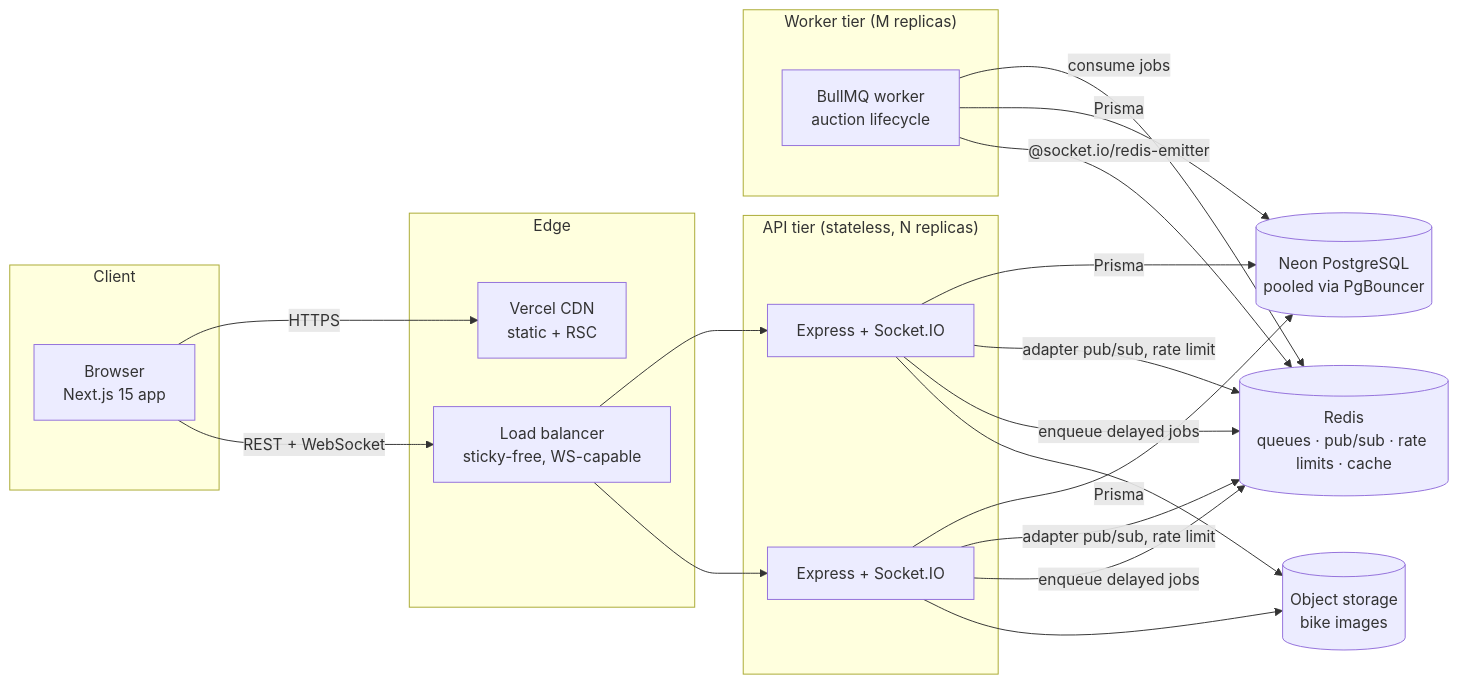
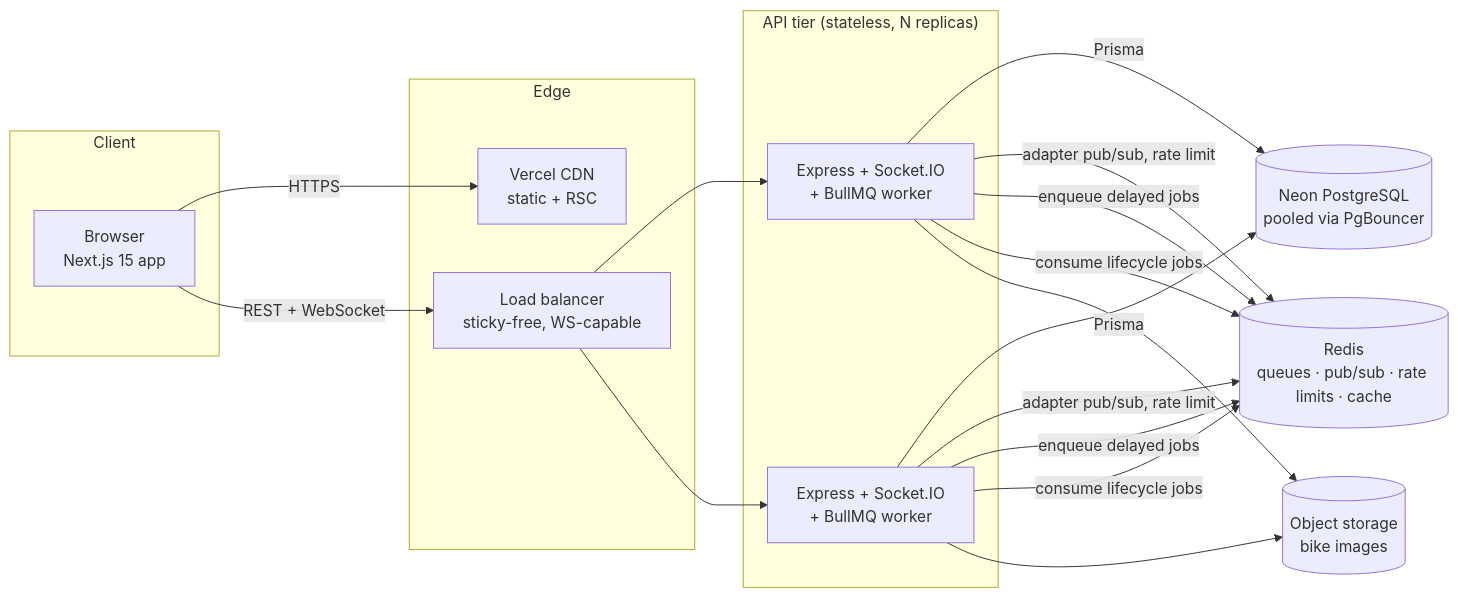
The first of 6 diagrams in docs/ARCHITECTURE.md (SamP231004/AuctionRide), drawn with Mermaid before and after one commit. The commit also changed other lines of this file and 10 other files, not shown here.

````diff
--- a/docs/ARCHITECTURE.md
+++ b/docs/ARCHITECTURE.md
@@ -28,35 +28,29 @@
 ```mermaid
 flowchart LR
   subgraph Client
     B[Browser<br/>Next.js 15 app]
   end
 
   subgraph Edge
     V[Vercel CDN<br/>static + RSC]
     LB[Load balancer<br/>sticky-free, WS-capable]
   end
 
   subgraph API["API tier (stateless, N replicas)"]
-    A1[Express + Socket.IO]
-    A2[Express + Socket.IO]
-  end
-
-  subgraph Workers["Worker tier (M replicas)"]
-    W1[BullMQ worker<br/>auction lifecycle]
+    A1[Express + Socket.IO<br/>+ BullMQ worker]
+    A2[Express + Socket.IO<br/>+ BullMQ worker]
   end
 
   R[(Redis<br/>queues · pub/sub · rate limits · cache)]
   P[(Neon PostgreSQL<br/>pooled via PgBouncer)]
   S[(Object storage<br/>bike images)]
 
   B -- HTTPS --> V
   B -- REST + WebSocket --> LB
   LB --> A1 & A2
   A1 & A2 -- Prisma --> P
   A1 & A2 -- adapter pub/sub, rate limit --> R
   A1 & A2 -- enqueue delayed jobs --> R
-  W1 -- consume jobs --> R
-  W1 -- Prisma --> P
-  W1 -- "@socket.io/redis-emitter" --> R
+  A1 & A2 -- consume lifecycle jobs --> R
   A1 & A2 --> S
 ```
````
